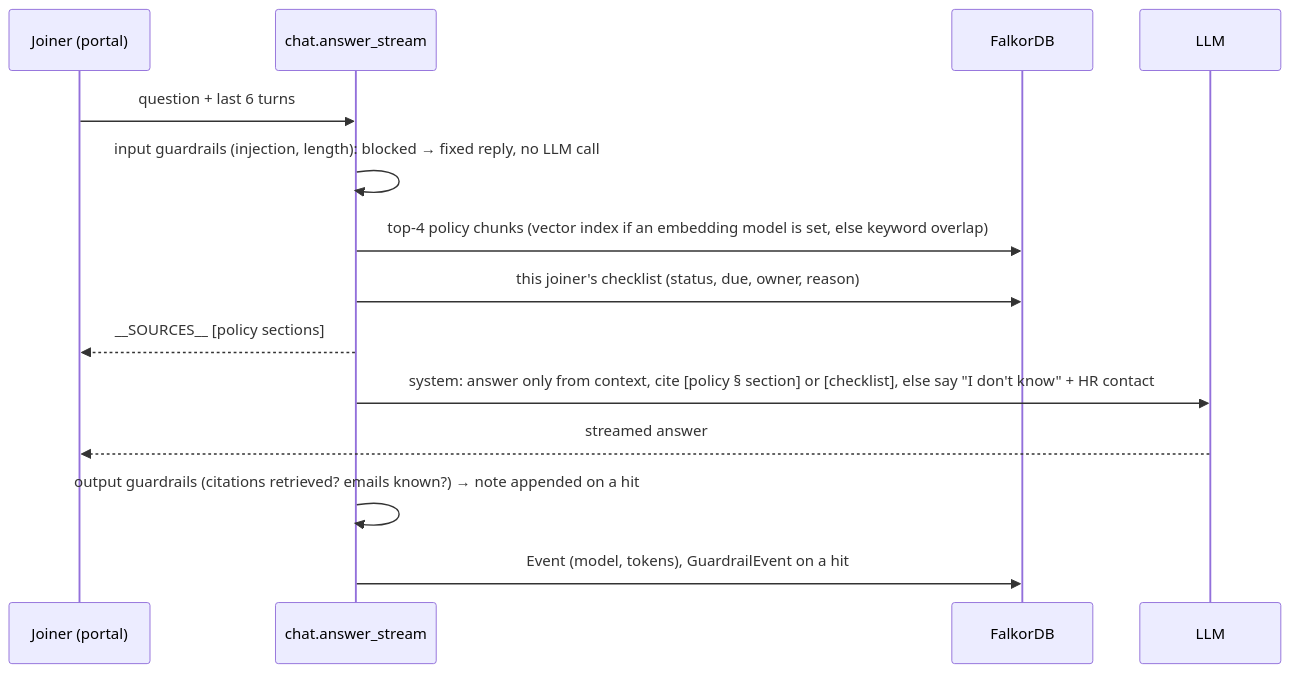
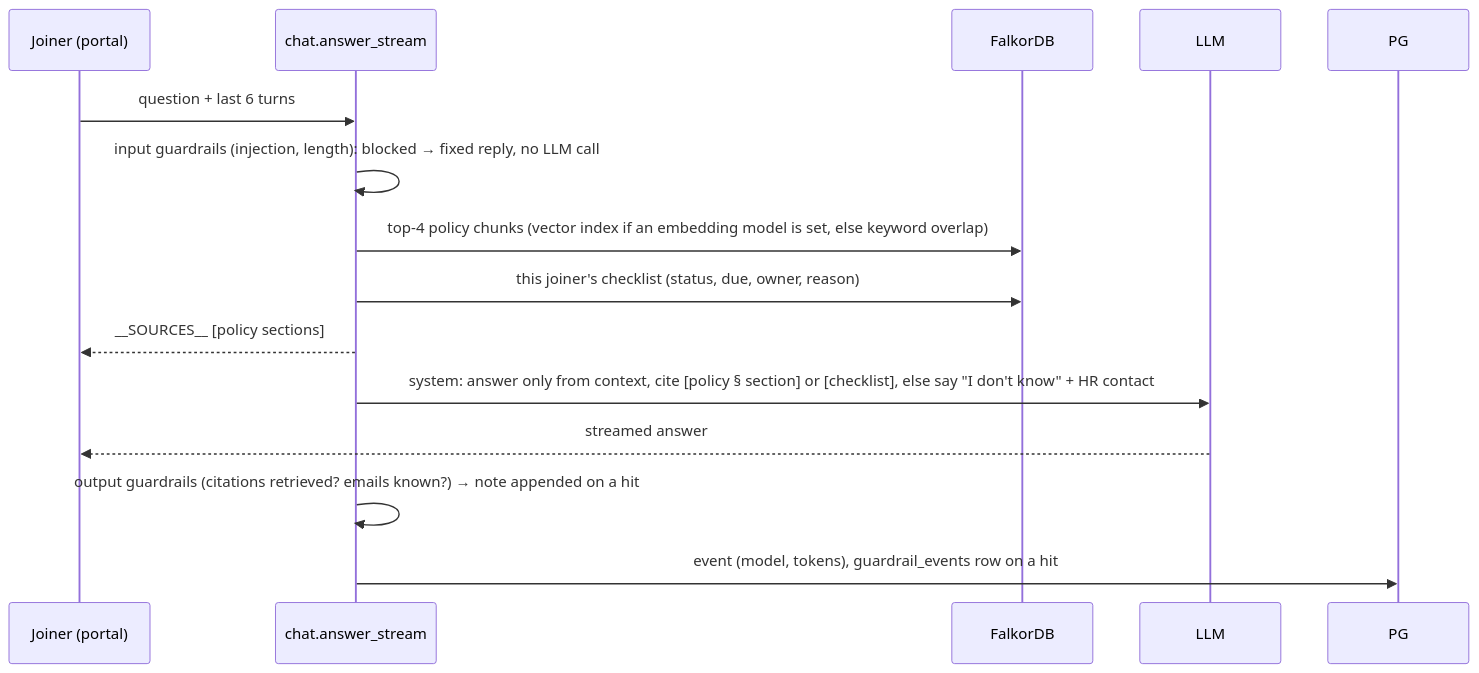
The sixth of 10 diagrams in docs/lld.md (Prateek1771/azentio-hr), drawn with Mermaid before and after one commit. The commit also changed other lines of this file and 13 other files, not shown here.

First line of the commit message:
Phase 3 B: activity events, guardrail hits and eval runs move to Postgres

````diff
--- a/docs/lld.md
+++ b/docs/lld.md
@@ -408,17 +411,17 @@
 ```mermaid
 sequenceDiagram
     participant J as Joiner (portal)
     participant BE as chat.answer_stream
     participant G as FalkorDB
     participant LLM
 
     J->>BE: question + last 6 turns
     BE->>BE: input guardrails (injection, length): blocked → fixed reply, no LLM call
     BE->>G: top-4 policy chunks (vector index if an embedding model is set, else keyword overlap)
     BE->>G: this joiner's checklist (status, due, owner, reason)
     BE-->>J: __SOURCES__ [policy sections]
     BE->>LLM: system: answer only from context, cite [policy § section] or [checklist], else say "I don't know" + HR contact
     LLM-->>J: streamed answer
     BE->>BE: output guardrails (citations retrieved? emails known?) → note appended on a hit
-    BE->>G: Event (model, tokens), GuardrailEvent on a hit
+    BE->>PG: event (model, tokens), guardrail_events row on a hit
 ```
````
